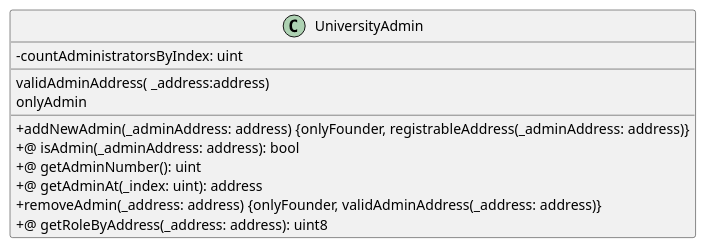
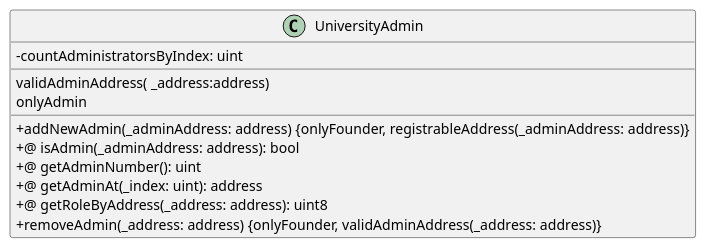
The diagram in Solidity/Contracts/UniversityAdmin.iuml (M9k/Marvin-Uml), drawn with PlantUML before and after one commit. The commit also changed other lines of this file and 7 other files, not shown here.

```diff
--- a/Solidity/Contracts/UniversityAdmin.iuml
+++ b/Solidity/Contracts/UniversityAdmin.iuml
@@ -1,16 +1,16 @@
 @startuml
 skinparam classAttributeIconSize 0
 class UniversityAdmin {
 - countAdministratorsByIndex: uint
 __
 validAdminAddress( _address:address)
 onlyAdmin
 __
 + addNewAdmin(_adminAddress: address) {onlyFounder, registrableAddress(_adminAddress: address)}
 +@ isAdmin(_adminAddress: address): bool
 +@ getAdminNumber(): uint
 +@ getAdminAt(_index: uint): address
++@ getRoleByAddress(_address: address): uint8
 + removeAdmin(_address: address) {onlyFounder, validAdminAddress(_address: address)}
-+@ getRoleByAddress(_address: address): uint8
 }
 @enduml
```
